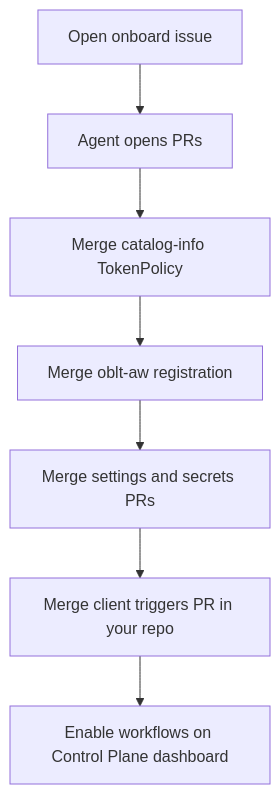
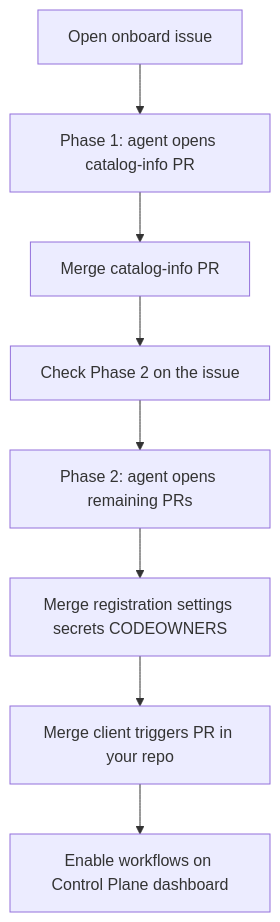
Before and after one commit to elastic/oblt-aw: the first of 2 diagrams in docs/user-guide/onboard-a-repository.md, drawn with Mermaid. The commit also changed other lines of this file and 10 other files, not shown here.

First line of the commit message:
Split onboard into Phase 1 catalog and Phase 2 checkbox triggers

````diff
--- a/docs/user-guide/onboard-a-repository.md
+++ b/docs/user-guide/onboard-a-repository.md
@@ -7,9 +7,10 @@
 ```mermaid
 flowchart TD
-  A[Open onboard issue] --> B[Agent opens PRs]
-  B --> C[Merge catalog-info TokenPolicy]
-  C --> D[Merge oblt-aw registration]
-  D --> E[Merge settings and secrets PRs]
-  E --> F[Merge client triggers PR in your repo]
-  F --> G[Enable workflows on Control Plane dashboard]
+  A[Open onboard issue] --> B[Phase 1: agent opens catalog-info PR]
+  B --> C[Merge catalog-info PR]
+  C --> D[Check Phase 2 on the issue]
+  D --> E[Phase 2: agent opens remaining PRs]
+  E --> F[Merge registration settings secrets CODEOWNERS]
+  F --> G[Merge client triggers PR in your repo]
+  G --> H[Enable workflows on Control Plane dashboard]
 ```
````
